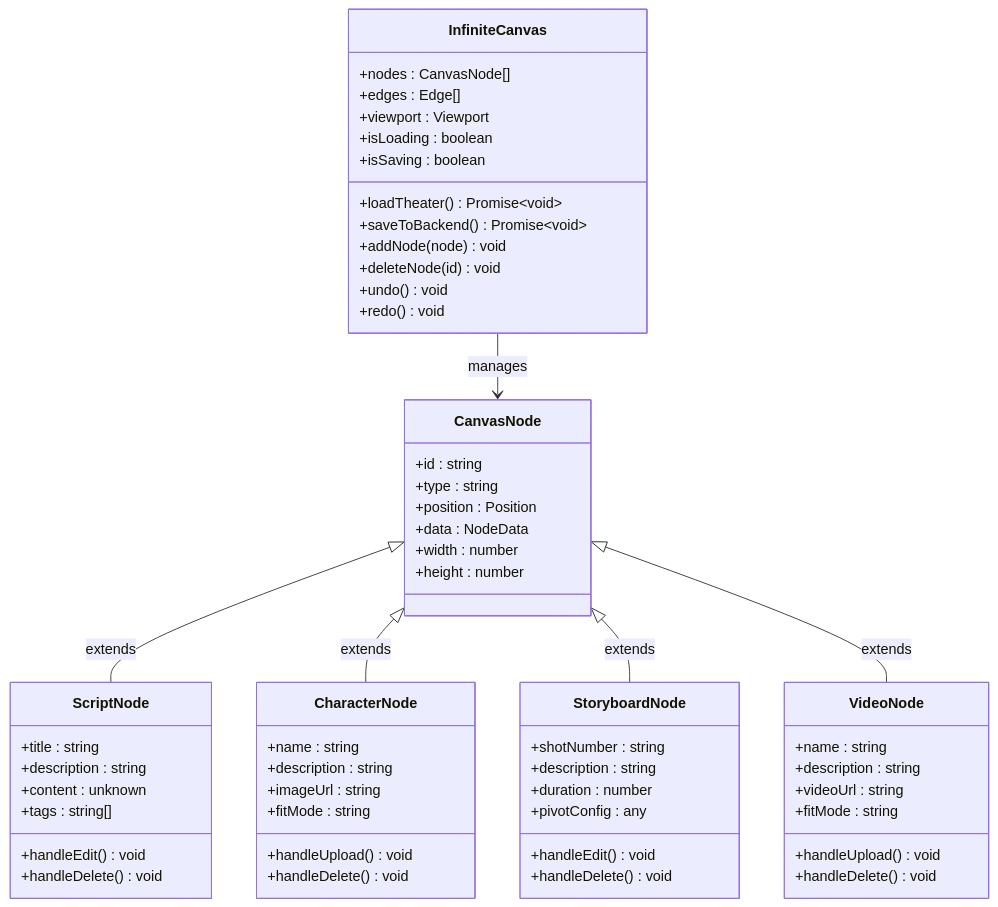
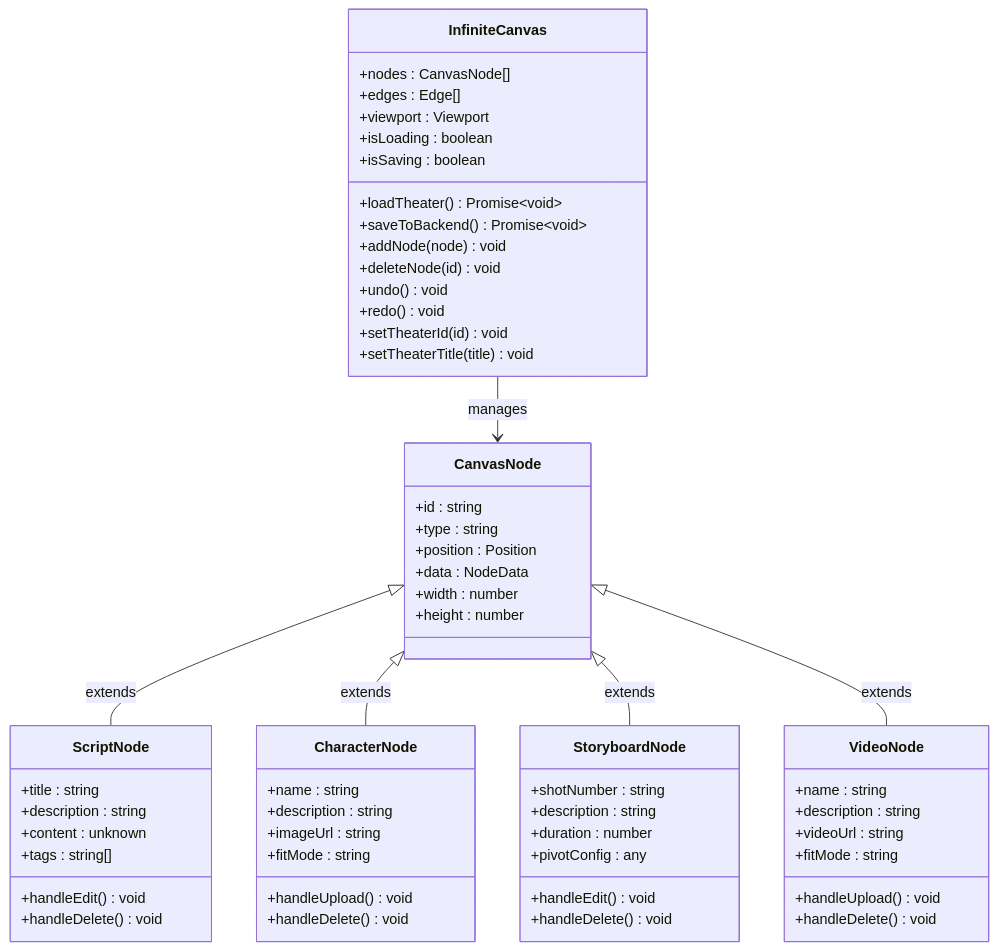
The third of 8 diagrams in .qoder/repowiki/zh/content/系统架构/剧院系统概览.md (KunLabAI/KunFlix), drawn with Mermaid before and after one commit. The commit also changed other lines of this file and 18 other files, not shown here.

````diff
--- a/.qoder/repowiki/zh/content/系统架构/剧院系统概览.md
+++ b/.qoder/repowiki/zh/content/系统架构/剧院系统概览.md
@@ -186,61 +223,63 @@
 ```mermaid
 classDiagram
 class InfiniteCanvas {
 +nodes : CanvasNode[]
 +edges : Edge[]
 +viewport : Viewport
 +isLoading : boolean
 +isSaving : boolean
 +loadTheater() Promise~void~
 +saveToBackend() Promise~void~
 +addNode(node) void
 +deleteNode(id) void
 +undo() void
 +redo() void
++setTheaterId(id) void
++setTheaterTitle(title) void
 }
 class CanvasNode {
 +id : string
 +type : string
 +position : Position
 +data : NodeData
 +width : number
 +height : number
 }
 class ScriptNode {
 +title : string
 +description : string
 +content : unknown
 +tags : string[]
 +handleEdit() void
 +handleDelete() void
 }
 class CharacterNode {
 +name : string
 +description : string
 +imageUrl : string
 +fitMode : string
 +handleUpload() void
 +handleDelete() void
 }
 class StoryboardNode {
 +shotNumber : string
 +description : string
 +duration : number
 +pivotConfig : any
 +handleEdit() void
 +handleDelete() void
 }
 class VideoNode {
 +name : string
 +description : string
 +videoUrl : string
 +fitMode : string
 +handleUpload() void
 +handleDelete() void
 }
 InfiniteCanvas --> CanvasNode : manages
 CanvasNode <|-- ScriptNode : extends
 CanvasNode <|-- CharacterNode : extends
 CanvasNode <|-- StoryboardNode : extends
 CanvasNode <|-- VideoNode : extends
 ```
````
